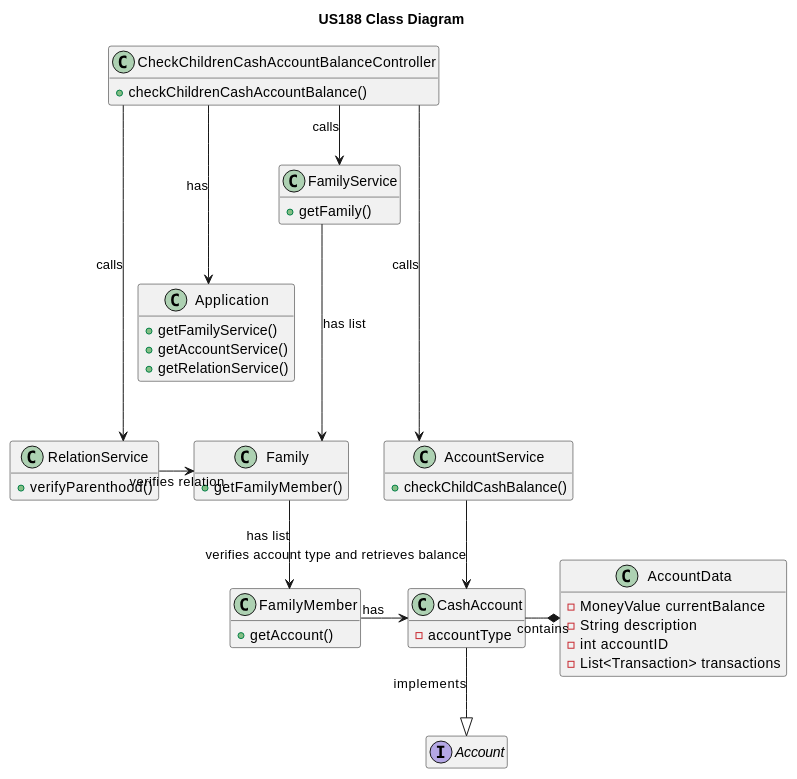
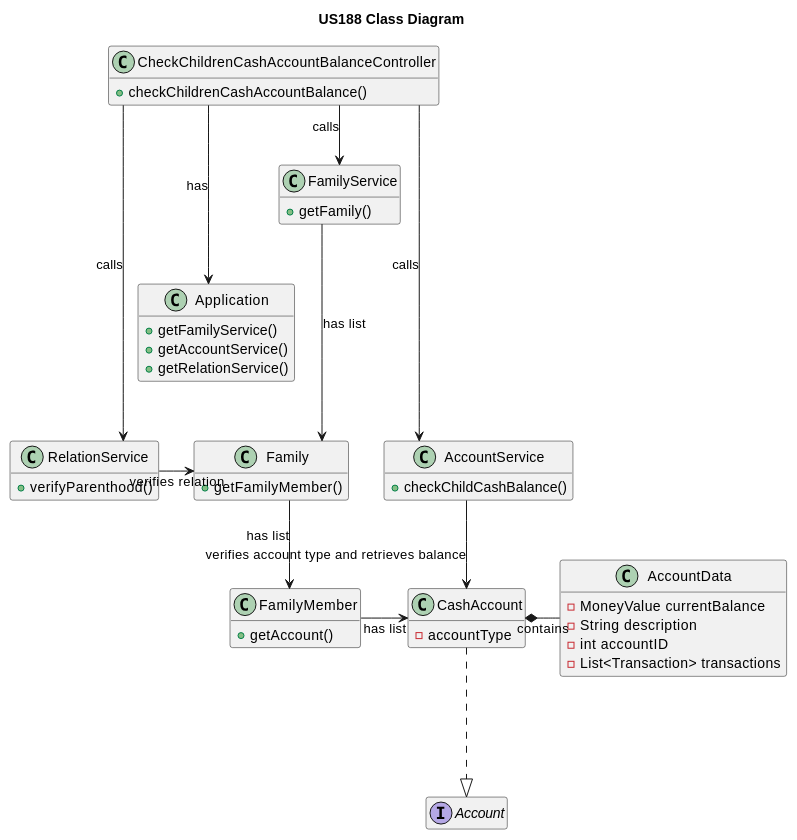
One commit to tomas-osswald/switch_2020_g3 changed the sixth of 6 diagrams in docs/sprint2/user_stories/US188_CheckChildrenCashAccountBalance.md. Above: the diagram before and after it, drawn with PlantUML. The commit also changed 1 other file, not shown here.

Commit message:
Stashed changes previously done and not updated

````diff
--- a/docs/sprint2/user_stories/US188_CheckChildrenCashAccountBalance.md
+++ b/docs/sprint2/user_stories/US188_CheckChildrenCashAccountBalance.md
@@ -332,69 +332,69 @@
 ```puml
 
 title US188 Class Diagram
 hide empty members
 skinparam linetype ortho
 
 class CheckChildrenCashAccountBalanceController {
 + checkChildrenCashAccountBalance()
 }
 
 class Application {
 + getFamilyService()
 + getAccountService()
 + getRelationService()
 }
 
 class RelationService {
 + verifyParenthood()
 }
 
 class AccountService {
 + checkChildCashBalance()
 }
 
 class FamilyService {
 + getFamily()
 }
 
 
 class Family {
 + getFamilyMember()
 }
 
 class FamilyMember {
 + getAccount()
 }
 
 
 interface Account {}
 
 class CashAccount {
 - accountType
 }
 
 class AccountData {
 - MoneyValue currentBalance
 - String description
 - int accountID
 - List<Transaction> transactions
 }
 
 
 CheckChildrenCashAccountBalanceController ---> Application : has
 CheckChildrenCashAccountBalanceController --> FamilyService : calls
 CheckChildrenCashAccountBalanceController ----> AccountService : calls
 CheckChildrenCashAccountBalanceController ----> RelationService : calls
 
 FamilyService --> Family : has list
 Family --> FamilyMember : has list
 
-FamilyMember -> CashAccount : has
-CashAccount --|> Account : implements
-CashAccount -* AccountData : contains
+FamilyMember -> CashAccount : has list
+CashAccount .--|> Account
+CashAccount *- AccountData : contains
 RelationService -> Family : verifies relation
 
 AccountService --> CashAccount : verifies account type and retrieves balance
 
 
 ```
````
